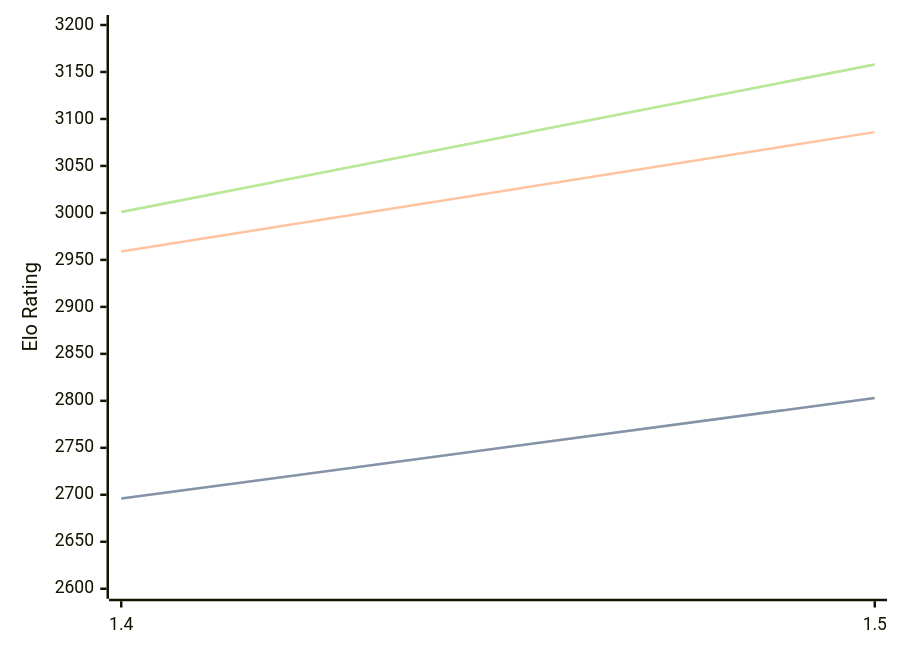
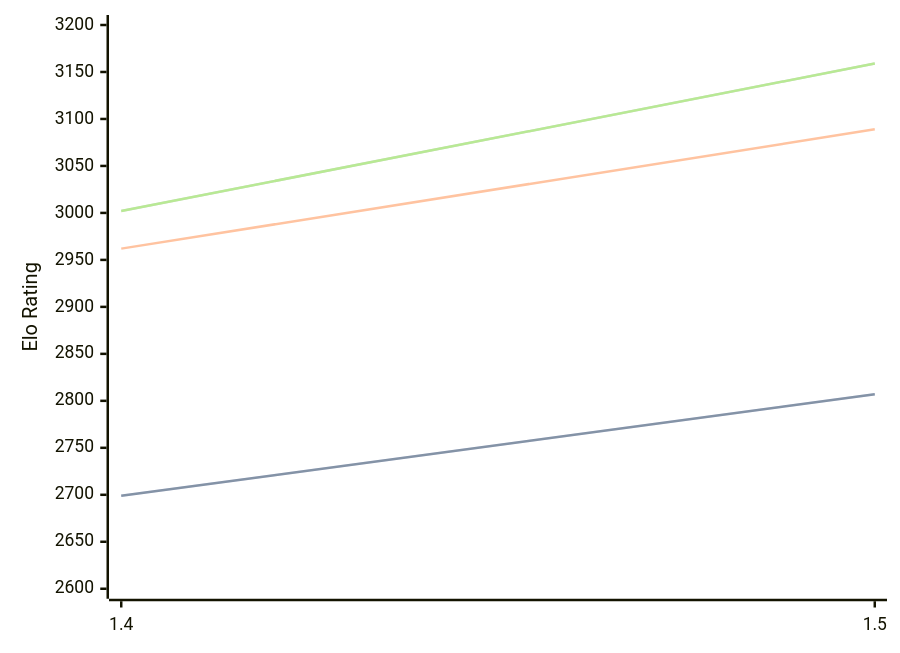
One commit to computer-chess-index/cci changed the diagram in engines/Yakka.md. Above: the diagram before and after it, drawn with Mermaid. The commit also changed other lines of this file, not shown here.

Commit message:
Update CCI Ratings (ELO VLTC) - 2026-02-20

````diff
--- a/engines/Yakka.md
+++ b/engines/Yakka.md
@@ -33,11 +33,11 @@
 ```mermaid
 %%{init: {"theme":"base","themeVariables":{"seriesColors:['#a3a3a3','#222221','#faa371']}}}%%
 xychart-beta
   x-axis ["1.4", "1.5"]
   y-axis "Elo Rating" 2600 --> 3200
-  line "STC (8.0+0.08s)" [2696, 2803]
-  line "STC (8.0+0.08s)" [2696, 2803]
-  line "LTC (60.0+0.60s)" [2959, 3086]
-  line "VLTC (2m24s+1.12s)" [3001, 3158]
-  line "VLTC (2m24s+1.12s)" [3001, 3158]
+  line "STC (8.0+0.08s)" [2699, 2807]
+  line "STC (8.0+0.08s)" [2699, 2807]
+  line "LTC (60.0+0.60s)" [2962, 3089]
+  line "VLTC (2m24s+1.12s)" [3002, 3159]
+  line "VLTC (2m24s+1.12s)" [3002, 3159]
 ```
````
